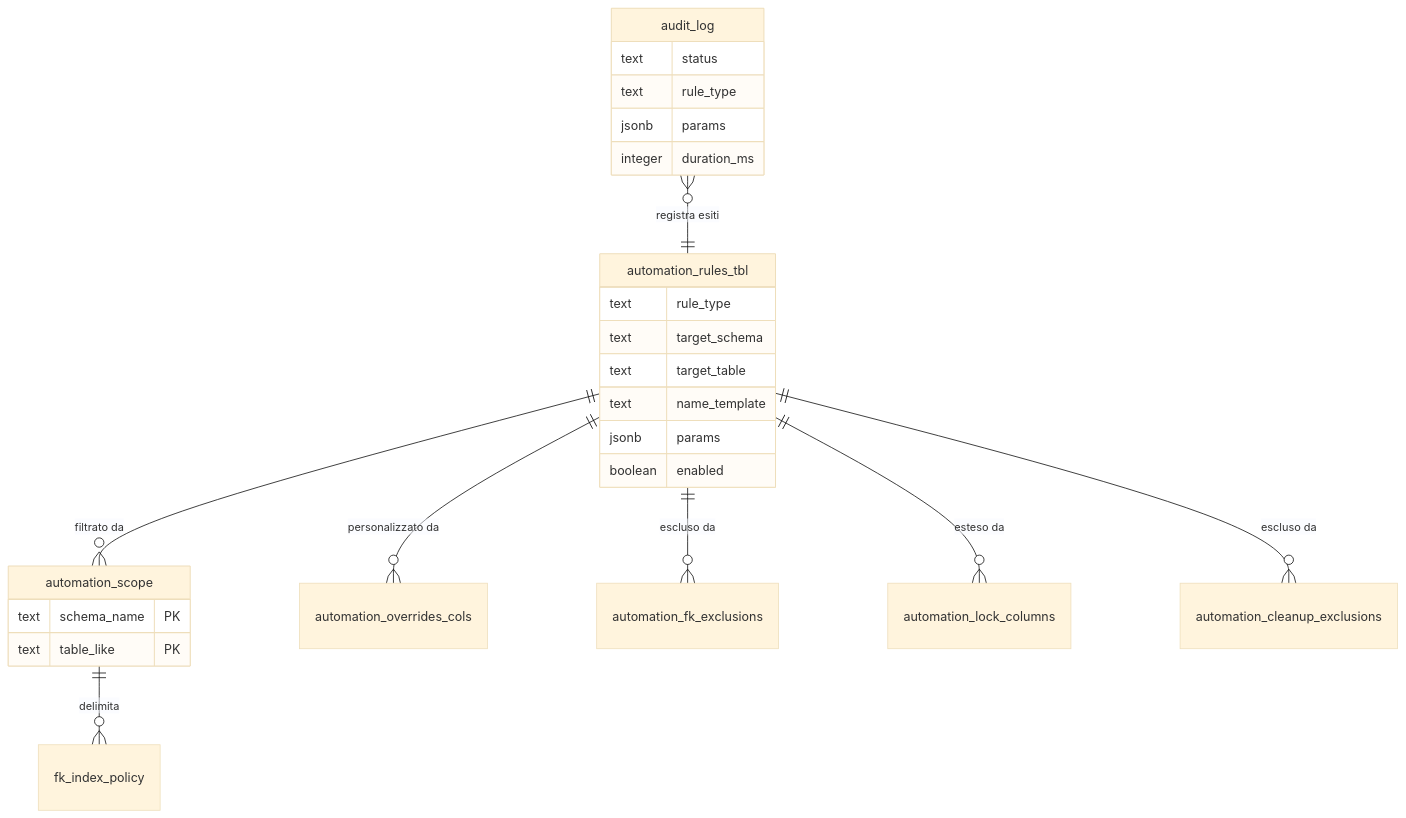
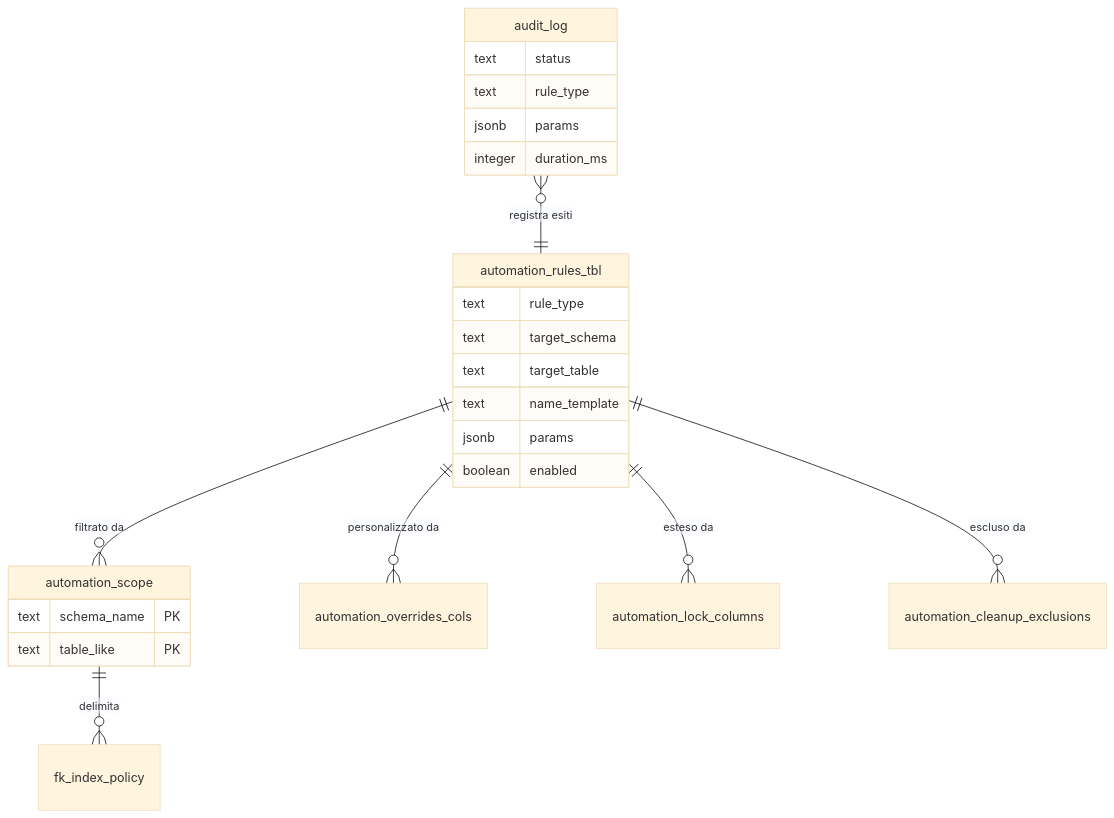
One commit to Tito-it/ZeroErp changed the second of 2 diagrams in docs/it/guide/automazione-db.md. Above: the diagram before and after it, drawn with Mermaid (base theme). The commit also changed other lines of this file and 3 other files, not shown here.

````diff
--- a/docs/it/guide/automazione-db.md
+++ b/docs/it/guide/automazione-db.md
@@ -673,31 +675,30 @@
 ```mermaid
 erDiagram
     automation_rules_tbl ||--o{ automation_scope : "filtrato da"
     automation_rules_tbl ||--o{ automation_overrides_cols : "personalizzato da"
-    automation_rules_tbl ||--o{ automation_fk_exclusions : "escluso da"
     automation_rules_tbl ||--o{ automation_lock_columns : "esteso da"
     automation_rules_tbl ||--o{ automation_cleanup_exclusions : "escluso da"
     automation_scope ||--o{ fk_index_policy : "delimita"
     audit_log }o--|| automation_rules_tbl : "registra esiti"
 
     automation_rules_tbl {
         text rule_type
         text target_schema
         text target_table
         text name_template
         jsonb params
         boolean enabled
     }
 
     automation_scope {
         text schema_name PK
         text table_like PK
     }
 
     audit_log {
         text status
         text rule_type
         jsonb params
         integer duration_ms
     }
 ```
````
